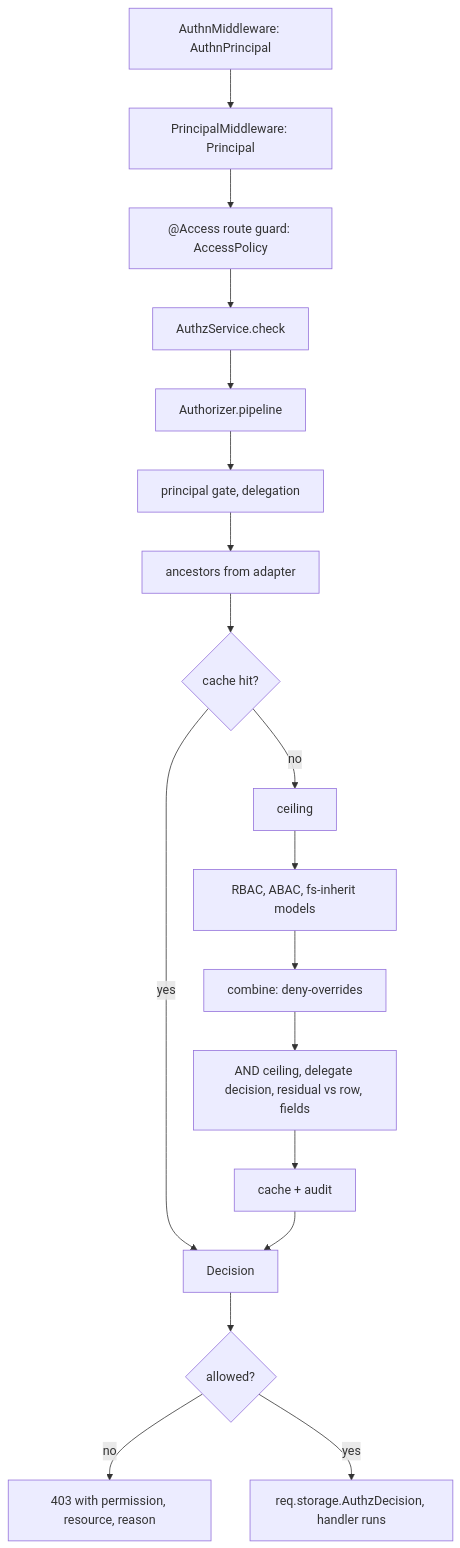
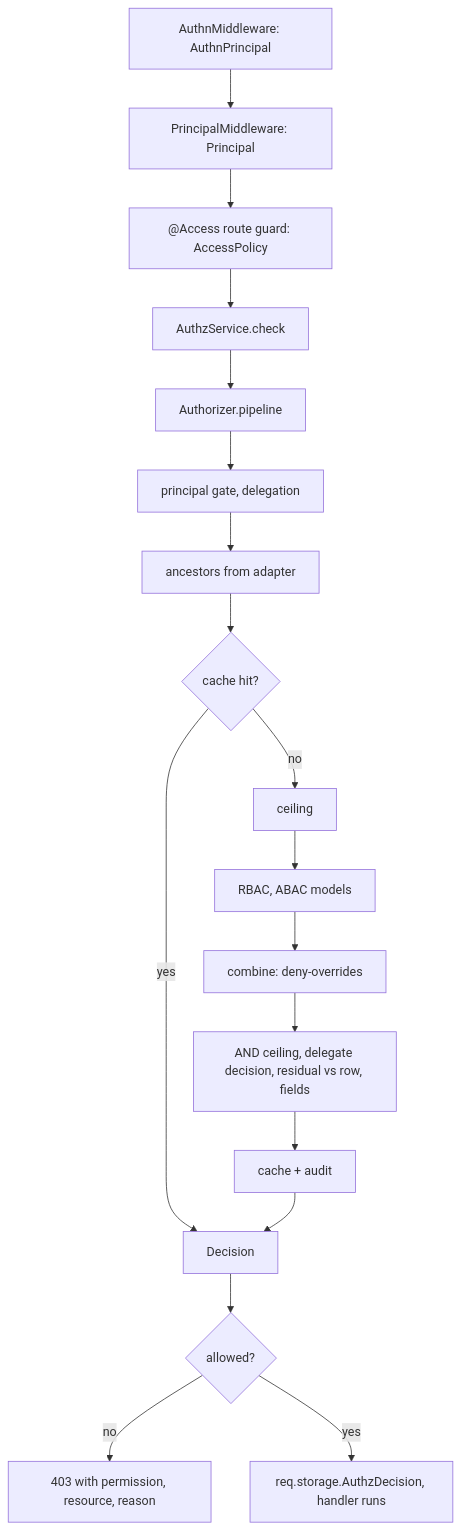
One commit to spinajs/main changed the diagram in docs/authz/storage-and-check-flow.md. Above: the diagram before and after it, drawn with Mermaid. The commit also changed other lines of this file and 7 other files, not shown here.

````diff
--- a/docs/authz/storage-and-check-flow.md
+++ b/docs/authz/storage-and-check-flow.md
@@ -194,20 +197,20 @@
 ```mermaid
 flowchart TD
   A[AuthnMiddleware: AuthnPrincipal] --> B[PrincipalMiddleware: Principal]
   B --> C["@Access route guard: AccessPolicy"]
   C --> D[AuthzService.check]
   D --> E[Authorizer.pipeline]
   E --> F[principal gate, delegation]
   F --> G[ancestors from adapter]
   G --> H{cache hit?}
   H -- yes --> R[Decision]
   H -- no --> I[ceiling]
-  I --> J[RBAC, ABAC, fs-inherit models]
+  I --> J[RBAC, ABAC models]
   J --> K[combine: deny-overrides]
   K --> L[AND ceiling, delegate decision, residual vs row, fields]
   L --> M[cache + audit]
   M --> R
   R --> N{allowed?}
   N -- no --> O[403 with permission, resource, reason]
   N -- yes --> P[req.storage.AuthzDecision, handler runs]
 ```
````
